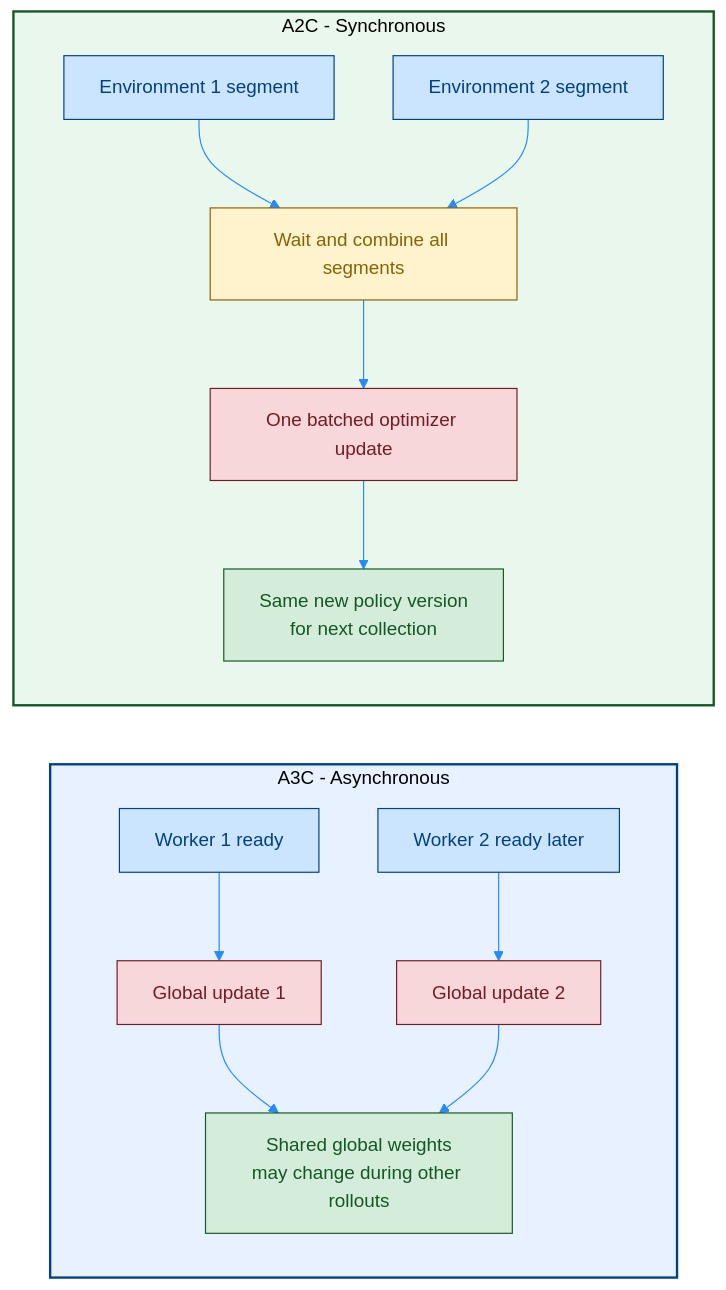
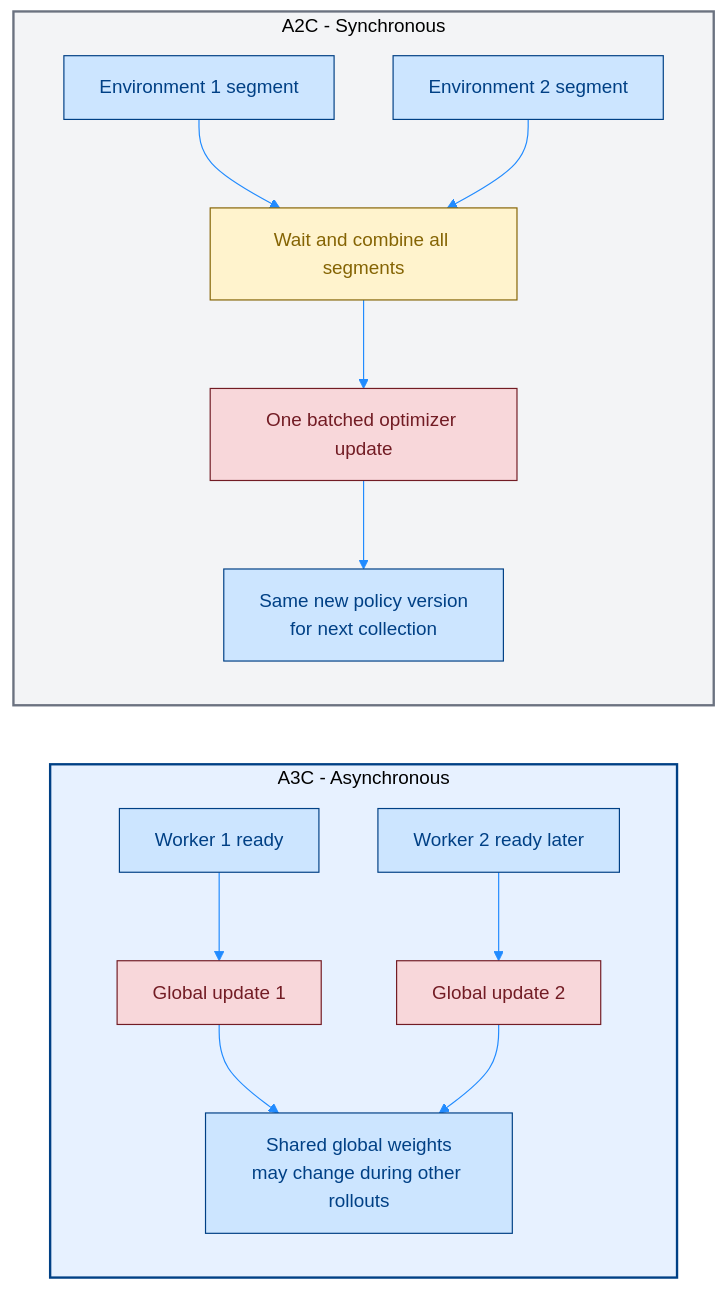
One commit to Open-Source-Robotics-For-Myanmar/rl changed the third of 3 diagrams in Day81 RL python/02_Miguel Morales - Grokking Deep Reinforcement Learning/02_rl_with_dl/rom_photos/10_1_PB_actor-critic_A2C.md. Above: the diagram before and after it, drawn with Mermaid. The commit also changed other lines of this file and 12 other files, not shown here.

````diff
--- a/Day81 RL python/02_Miguel Morales - Grokking Deep Reinforcement Learning/02_rl_with_dl/rom_photos/10_1_PB_actor-critic_A2C.md
+++ b/Day81 RL python/02_Miguel Morales - Grokking Deep Reinforcement Learning/02_rl_with_dl/rom_photos/10_1_PB_actor-critic_A2C.md
@@ -126,27 +147,28 @@
 ```mermaid
 %%{init: {'theme': 'base', 'themeVariables': { 'primaryColor': '#ffffff', 'lineColor': '#218bff'}}}%%
 flowchart LR
     subgraph ASYNC [A3C - Asynchronous]
         W1["Worker 1 ready"] --> U1["Global update 1"]
         W2["Worker 2 ready later"] --> U2["Global update 2"]
         U1 --> G["Shared global weights<br/>may change during other rollouts"]
         U2 --> G
     end
     subgraph SYNC [A2C - Synchronous]
         E1["Environment 1 segment"] --> B["Wait and combine all segments"]
         E2["Environment 2 segment"] --> B
         B --> U["One batched optimizer update"]
         U --> P["Same new policy version<br/>for next collection"]
     end
 
     classDef data fill:#cce5ff,stroke:#004085,stroke-width:1px,color:#004085;
     classDef batch fill:#fff3cd,stroke:#856404,stroke-width:1px,color:#856404;
-    classDef network fill:#d4edda,stroke:#155724,stroke-width:1px,color:#155724;
     classDef train fill:#f8d7da,stroke:#721c24,stroke-width:1px,color:#721c24;
-    class W1,W2,E1,E2 data;
+
+    class W1,W2,E1,E2,G,P data;
     class B batch;
-    class G,P network;
     class U1,U2,U train;
+
+
     style ASYNC fill:#e7f1ff,stroke:#004085,stroke-width:2px;
-    style SYNC fill:#eaf7ec,stroke:#155724,stroke-width:2px;
+    style SYNC fill:#f3f4f6,stroke:#6b7280,stroke-width:2px;
 ```
````
